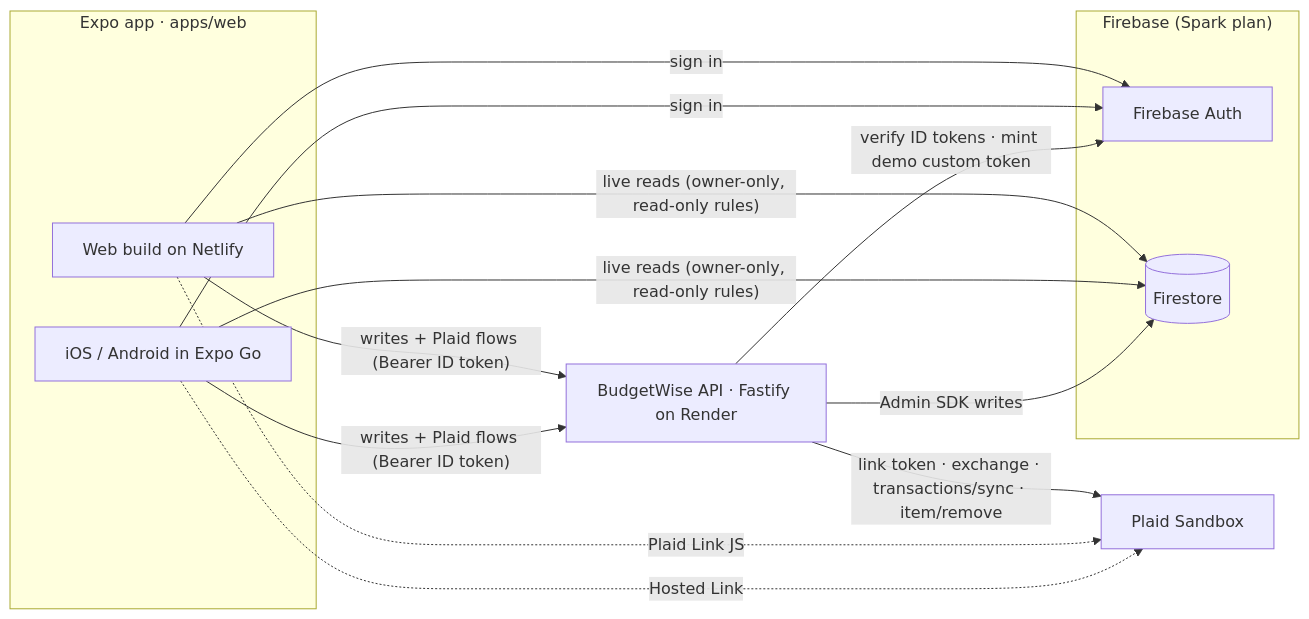
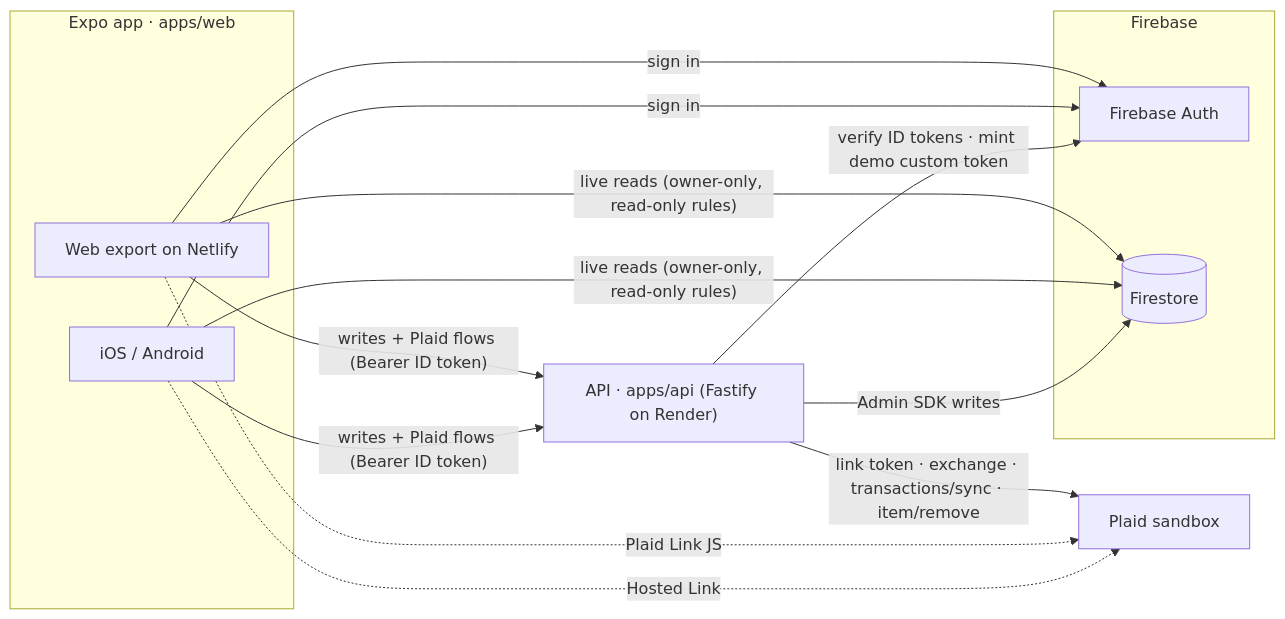
The diagram in README.md (Isaacpyo/BudgetWise), drawn with Mermaid before and after one commit. The commit also changed other lines of this file and 2 other files, not shown here.

````diff
--- a/README.md
+++ b/README.md
@@ -42,22 +68,22 @@
 ```mermaid
 flowchart LR
   subgraph App["Expo app · apps/web"]
-    WEB["Web build on Netlify"]
-    NATIVE["iOS / Android in Expo Go"]
+    WEB["Web export on Netlify"]
+    NATIVE["iOS / Android"]
   end
-  subgraph Firebase["Firebase (Spark plan)"]
+  subgraph Firebase
     AUTH["Firebase Auth"]
     FS[("Firestore")]
   end
-  API["BudgetWise API · Fastify on Render"]
-  PLAID["Plaid Sandbox"]
+  API["API · apps/api (Fastify on Render)"]
+  PLAID["Plaid sandbox"]
 
   WEB & NATIVE -->|"sign in"| AUTH
   WEB & NATIVE -->|"live reads (owner-only, read-only rules)"| FS
   WEB & NATIVE -->|"writes + Plaid flows (Bearer ID token)"| API
   API -->|"verify ID tokens · mint demo custom token"| AUTH
   API -->|"Admin SDK writes"| FS
   API -->|"link token · exchange · transactions/sync · item/remove"| PLAID
   WEB -.->|"Plaid Link JS"| PLAID
   NATIVE -.->|"Hosted Link"| PLAID
 ```
````
